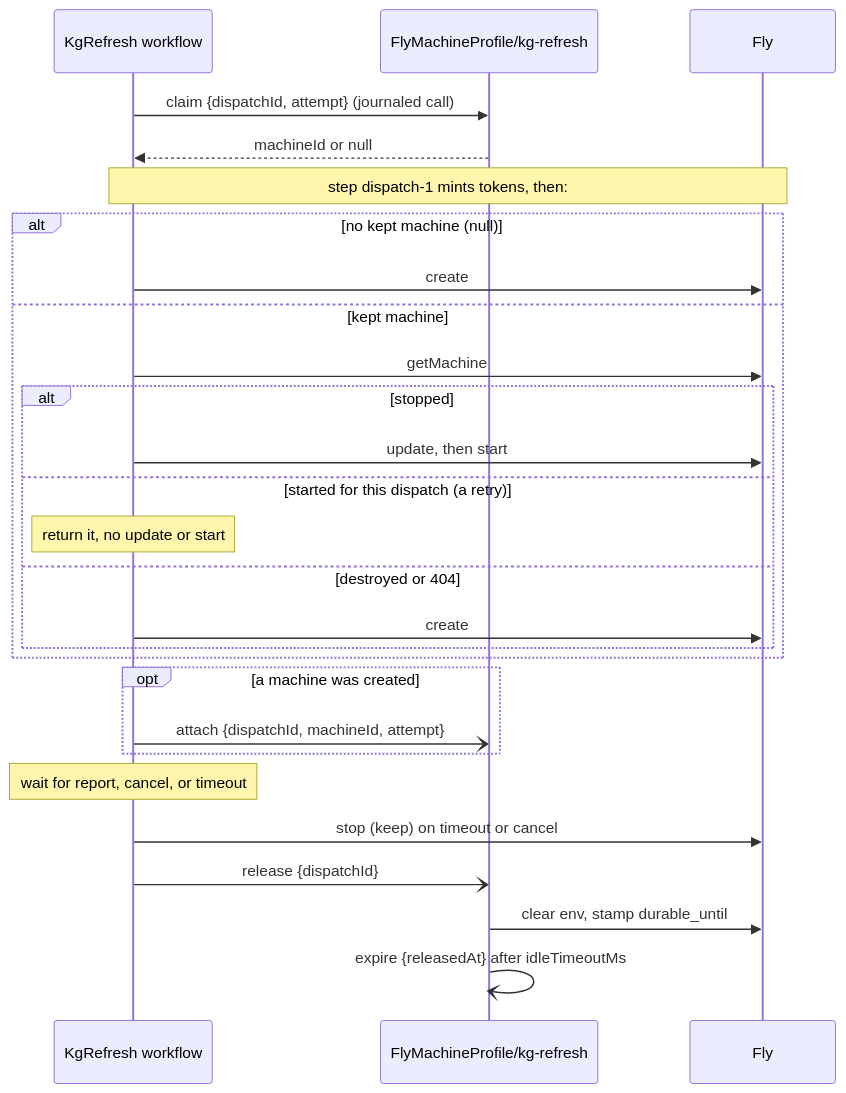
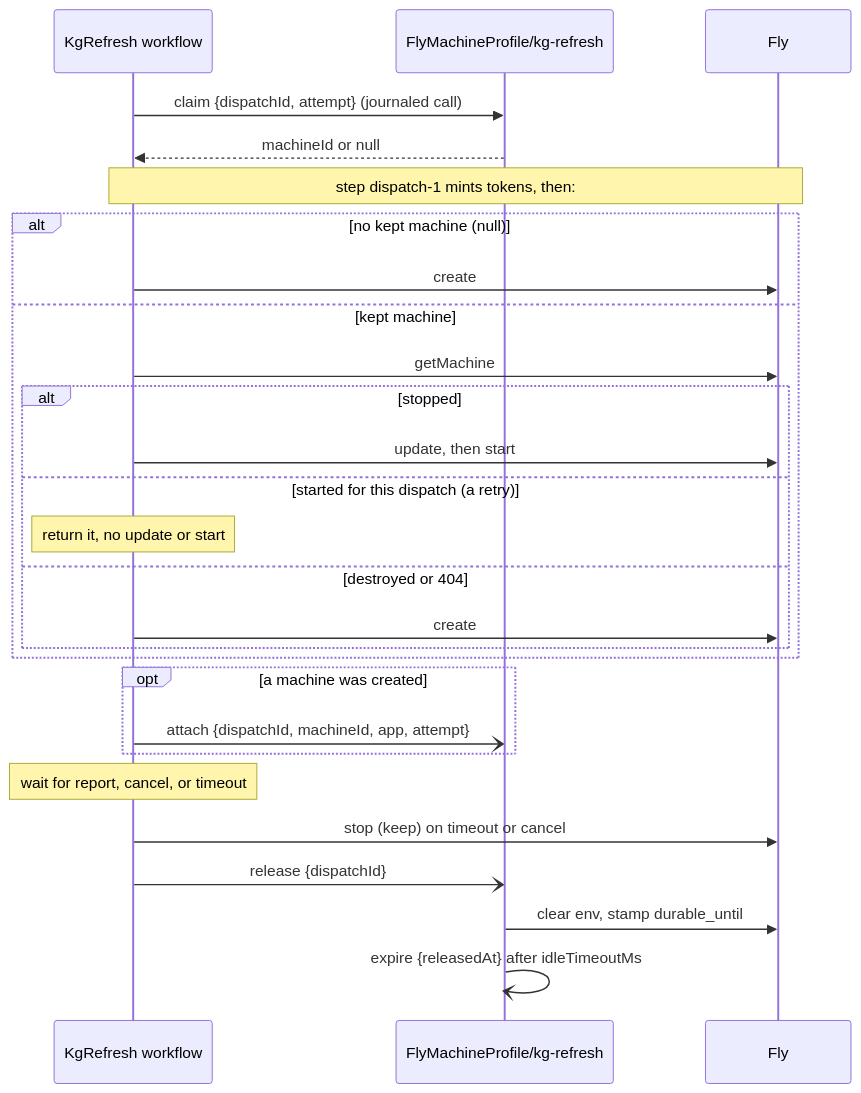
The diagram in docs/fly-machine-lifecycle.md (BuildDownAI/AI-Implement), drawn with Mermaid before and after one commit. The commit also changed other lines of this file and 9 other files, not shown here.

Commit message:
AII-1246: FlyMachineProfile records each kept machine's app, so a release after an app change cleans the right machine

````diff
--- a/docs/fly-machine-lifecycle.md
+++ b/docs/fly-machine-lifecycle.md
@@ -35,29 +35,29 @@
 ```mermaid
 sequenceDiagram
   participant W as KgRefresh workflow
   participant O as FlyMachineProfile/kg-refresh
   participant F as Fly
   W->>O: claim {dispatchId, attempt} (journaled call)
   O-->>W: machineId or null
   Note over W,F: step dispatch-1 mints tokens, then:
   alt no kept machine (null)
     W->>F: create
   else kept machine
     W->>F: getMachine
     alt stopped
       W->>F: update, then start
     else started for this dispatch (a retry)
       Note over W: return it, no update or start
     else destroyed or 404
       W->>F: create
     end
   end
   opt a machine was created
-    W-)O: attach {dispatchId, machineId, attempt}
+    W-)O: attach {dispatchId, machineId, app, attempt}
   end
   Note over W: wait for report, cancel, or timeout
   W->>F: stop (keep) on timeout or cancel
   W-)O: release {dispatchId}
   O->>F: clear env, stamp durable_until
   O-)O: expire {releasedAt} after idleTimeoutMs
 ```
````
